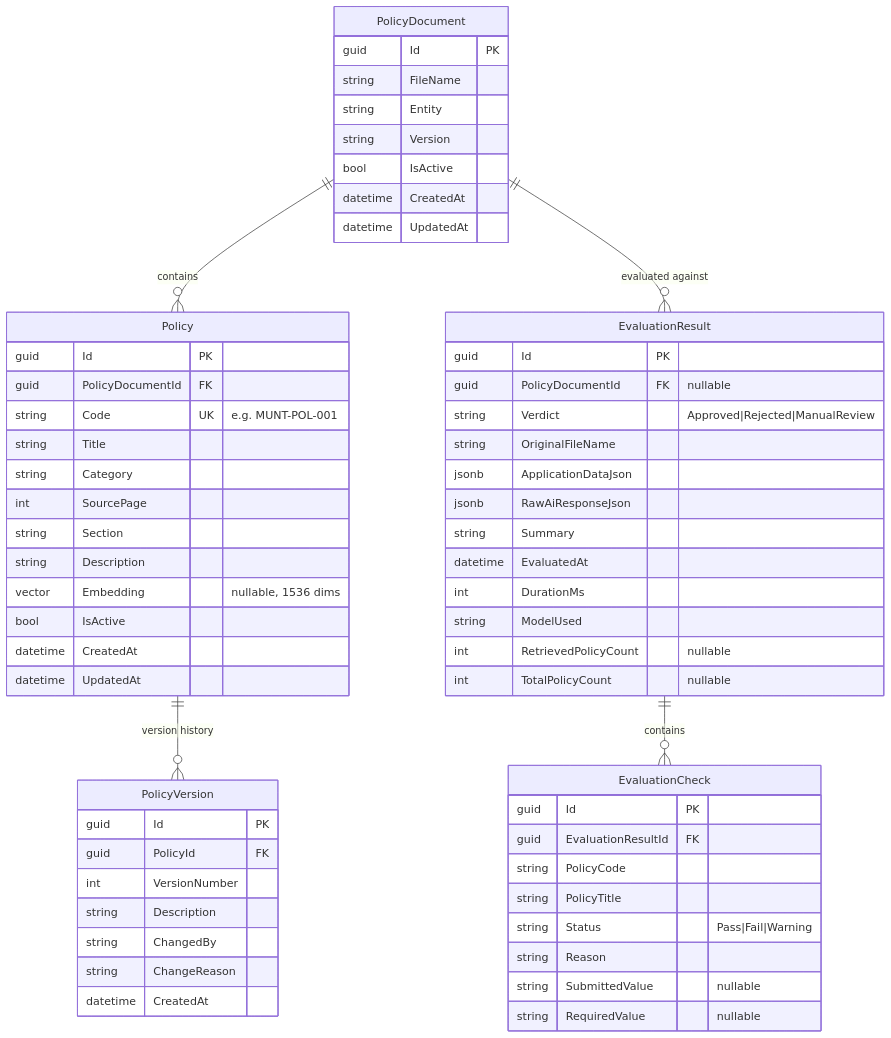
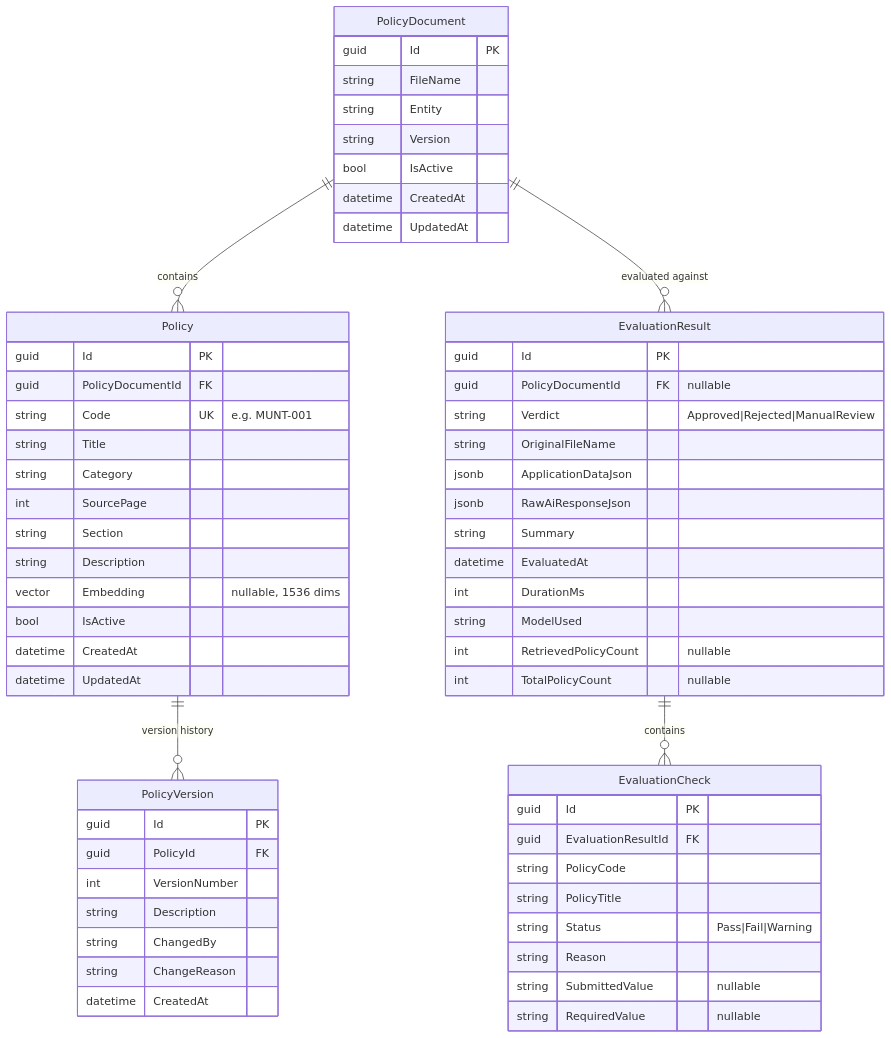
The second of 8 diagrams in DOCUMENTATION.md (makten/policy-ai), drawn with Mermaid before and after one commit. The commit also changed other lines of this file and 8 other files, not shown here.

````diff
--- a/DOCUMENTATION.md
+++ b/DOCUMENTATION.md
@@ -268,68 +268,68 @@
 ```mermaid
 erDiagram
     PolicyDocument ||--o{ Policy : contains
     PolicyDocument ||--o{ EvaluationResult : "evaluated against"
     Policy ||--o{ PolicyVersion : "version history"
     EvaluationResult ||--o{ EvaluationCheck : contains
 
     PolicyDocument {
         guid Id PK
         string FileName
         string Entity
         string Version
         bool IsActive
         datetime CreatedAt
         datetime UpdatedAt
     }
 
     Policy {
         guid Id PK
         guid PolicyDocumentId FK
-        string Code UK "e.g. MUNT-POL-001"
+        string Code UK "e.g. MUNT-001"
         string Title
         string Category
         int SourcePage
         string Section
         string Description
       vector Embedding "nullable, 1536 dims"
         bool IsActive
         datetime CreatedAt
         datetime UpdatedAt
     }
 
     PolicyVersion {
         guid Id PK
         guid PolicyId FK
         int VersionNumber
         string Description
         string ChangedBy
         string ChangeReason
         datetime CreatedAt
     }
 
     EvaluationResult {
         guid Id PK
         guid PolicyDocumentId FK "nullable"
         string Verdict "Approved|Rejected|ManualReview"
         string OriginalFileName
         jsonb ApplicationDataJson
         jsonb RawAiResponseJson
         string Summary
         datetime EvaluatedAt
         int DurationMs
         string ModelUsed
         int RetrievedPolicyCount "nullable"
         int TotalPolicyCount "nullable"
     }
 
     EvaluationCheck {
         guid Id PK
         guid EvaluationResultId FK
         string PolicyCode
         string PolicyTitle
         string Status "Pass|Fail|Warning"
         string Reason
         string SubmittedValue "nullable"
         string RequiredValue "nullable"
     }
 ```
````
